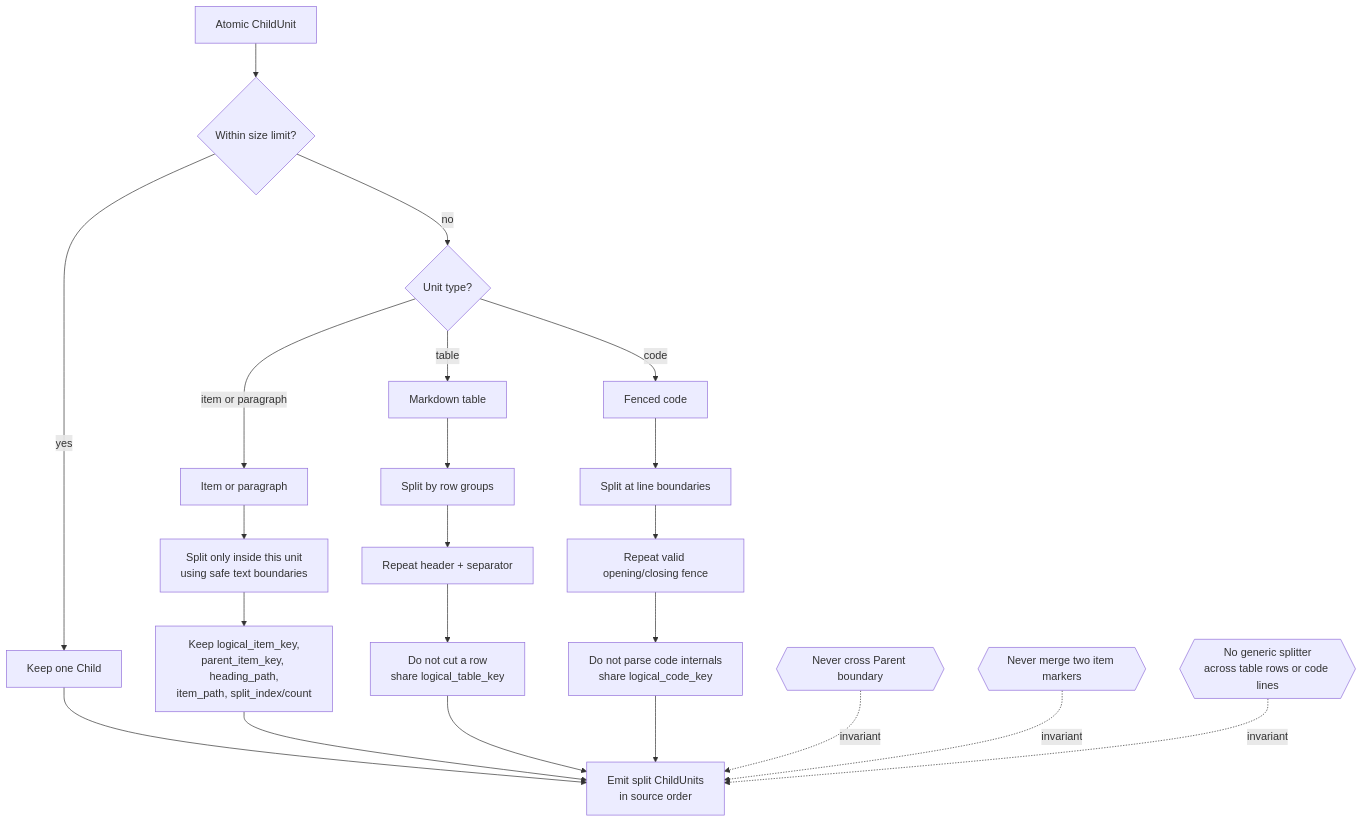
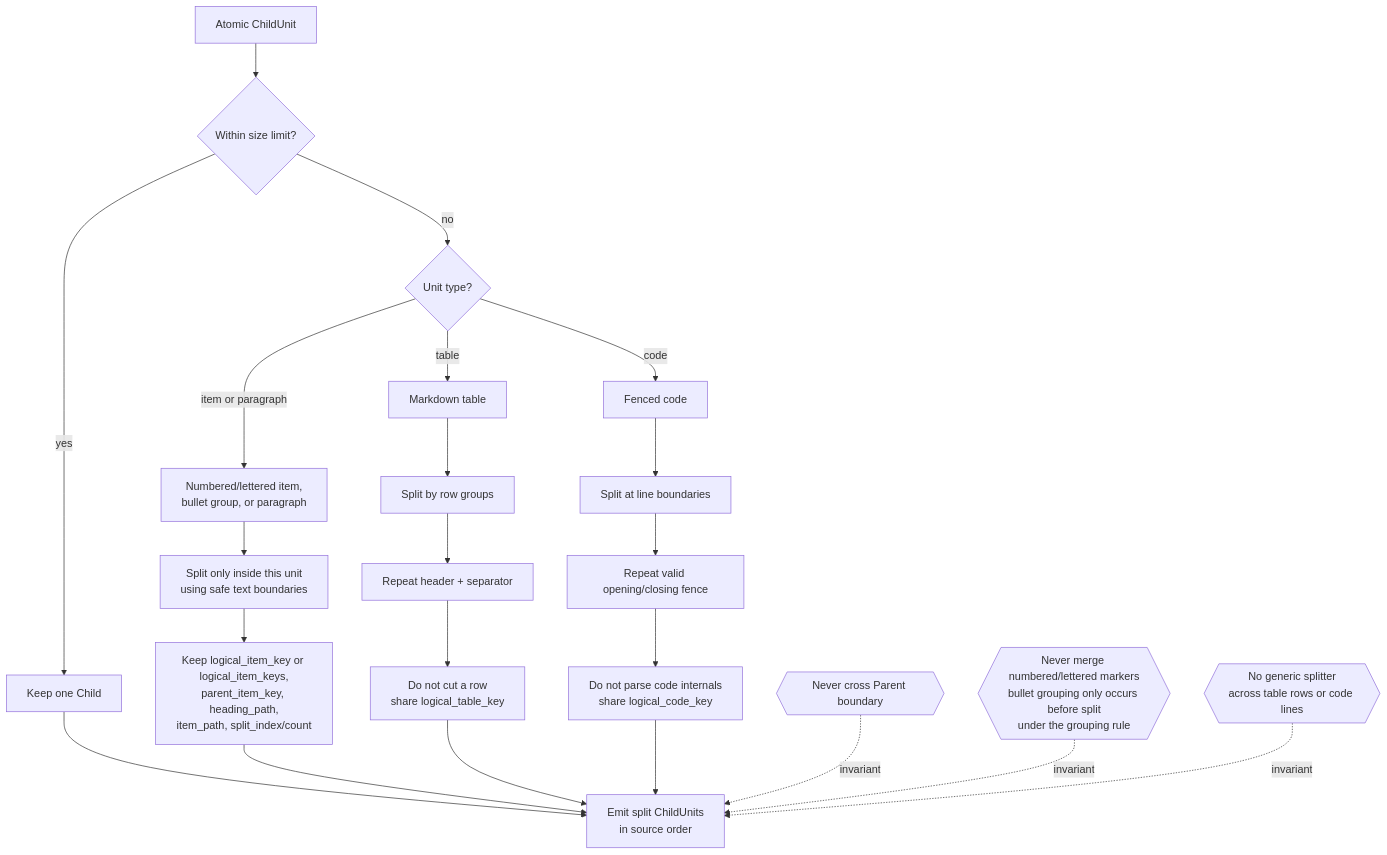
One commit to Ngocanhjr/CSS-CTU-Student-Service changed the diagram in .docs/diagrams/flowchart/10_oversized_atomic_unit_split_flow.mmd. Above: the diagram before and after it, drawn with Mermaid. The commit also changed 31 other files, not shown here.

Commit message:
'update-flowchat-excalidraw'

```diff
--- a/.docs/diagrams/flowchart/10_oversized_atomic_unit_split_flow.mmd
+++ b/.docs/diagrams/flowchart/10_oversized_atomic_unit_split_flow.mmd
@@ -1,34 +1,34 @@
 %% Oversized atomic unit splitting contract.
 
 flowchart TD
     A[Atomic ChildUnit]
     B{Within size limit?}
     C[Keep one Child]
     D{Unit type?}
 
-    E[Item or paragraph]
+    E[Numbered/lettered item,<br/>bullet group, or paragraph]
     F[Split only inside this unit<br/>using safe text boundaries]
-    G[Keep logical_item_key,<br/>parent_item_key, heading_path,<br/>item_path, split_index/count]
+    G[Keep logical_item_key or logical_item_keys,<br/>parent_item_key, heading_path,<br/>item_path, split_index/count]
 
     H[Markdown table]
     I[Split by row groups]
     J[Repeat header + separator]
     K[Do not cut a row<br/>share logical_table_key]
 
     L[Fenced code]
     M[Split at line boundaries]
     N[Repeat valid opening/closing fence]
     O[Do not parse code internals<br/>share logical_code_key]
 
     P[Emit split ChildUnits<br/>in source order]
 
     A --> B
     B -->|yes| C --> P
     B -->|no| D
     D -->|item or paragraph| E --> F --> G --> P
     D -->|table| H --> I --> J --> K --> P
     D -->|code| L --> M --> N --> O --> P
 
     Q{{Never cross Parent boundary}} -. invariant .-> P
-    R{{Never merge two item markers}} -. invariant .-> P
+    R{{Never merge numbered/lettered markers<br/>bullet grouping only occurs before split<br/>under the grouping rule}} -. invariant .-> P
     S{{No generic splitter<br/>across table rows or code lines}} -. invariant .-> P
```
